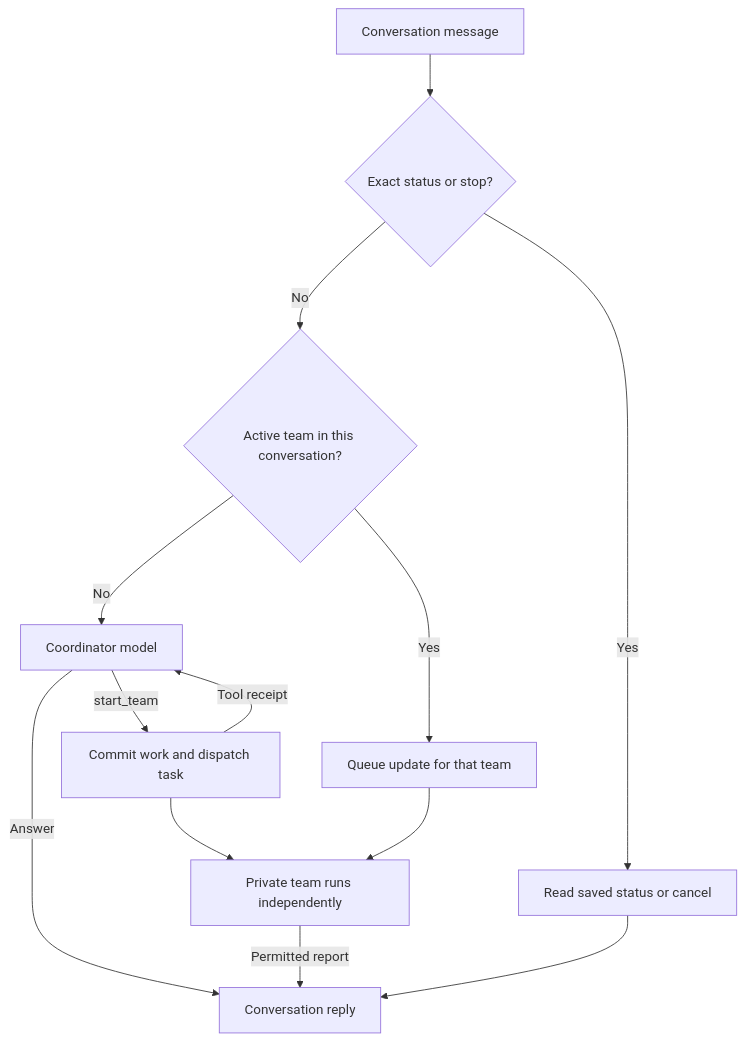
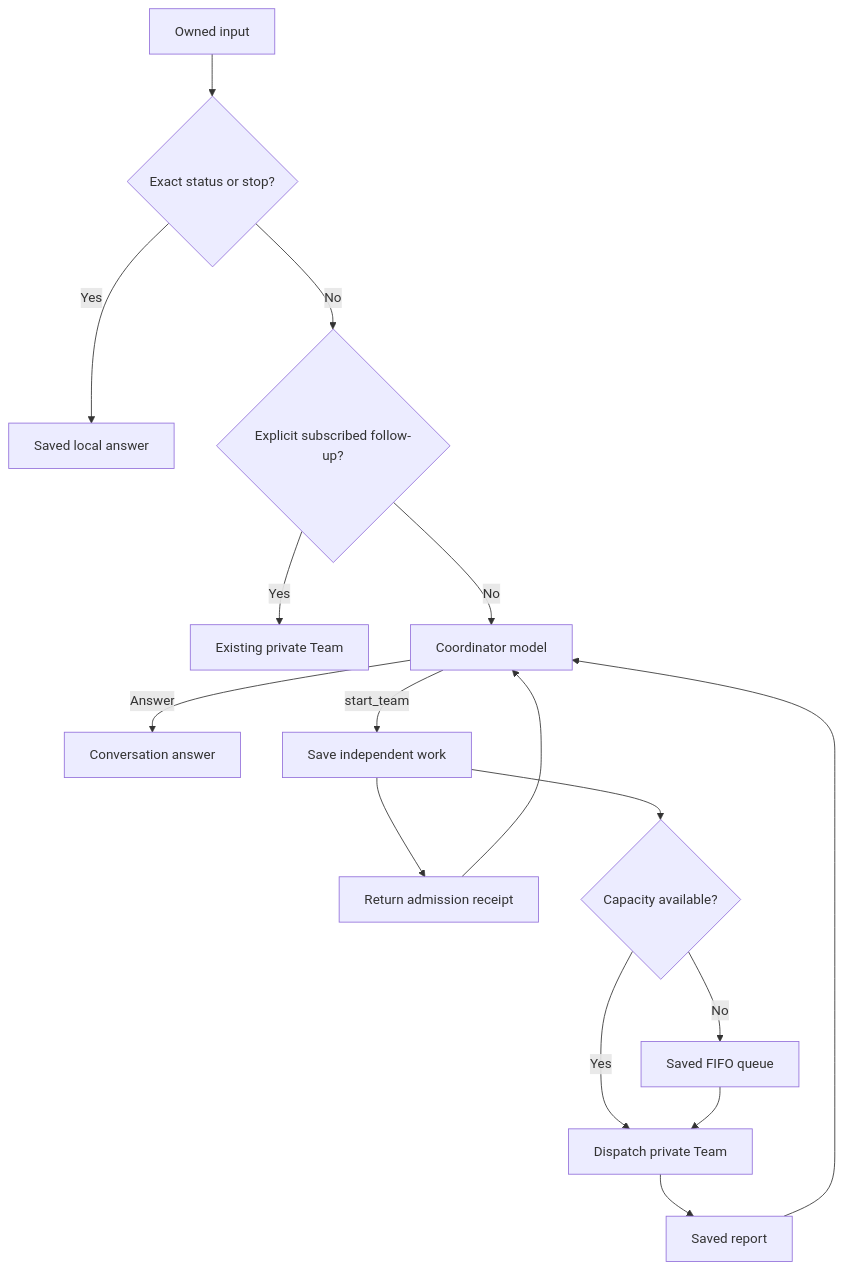
Before and after one commit to jhonsfran/cerebro: the second of 2 diagrams in docs/architecture/slack-coordinator.md, drawn with Mermaid. The commit also changed other lines of this file and 13 other files, not shown here.

````diff
--- a/docs/architecture/slack-coordinator.md
+++ b/docs/architecture/slack-coordinator.md
@@ -46,15 +40,18 @@
 ```mermaid
 flowchart TD
-  P[Conversation message] --> C{Exact status or stop?}
-  C -->|Yes| K[Read saved status or cancel]
-  C -->|No| A{Active team in this conversation?}
-  A -->|Yes| U[Queue update for that team]
-  A -->|No| M[Coordinator model]
-  M -->|Answer| Reply[Conversation reply]
-  M -->|start_team| Save[Commit work and dispatch task]
-  Save -->|Tool receipt| M
-  Save --> Team[Private team runs independently]
-  U --> Team
-  Team -->|Permitted report| Reply
-  K --> Reply
+  Input[Owned input] --> Check{Exact status or stop?}
+  Check -->|Yes| Local[Saved local answer]
+  Check -->|No| Route{Explicit subscribed follow-up?}
+  Route -->|Yes| Team[Existing private Team]
+  Route -->|No| Model[Coordinator model]
+  Model -->|Answer| Answer[Conversation answer]
+  Model -->|start_team| Save[Save independent work]
+  Save --> Ack[Return admission receipt]
+  Ack --> Model
+  Save --> Capacity{Capacity available?}
+  Capacity -->|Yes| Start[Dispatch private Team]
+  Capacity -->|No| Wait[Saved FIFO queue]
+  Wait --> Start
+  Start --> Report[Saved report]
+  Report --> Model
 ```
````
